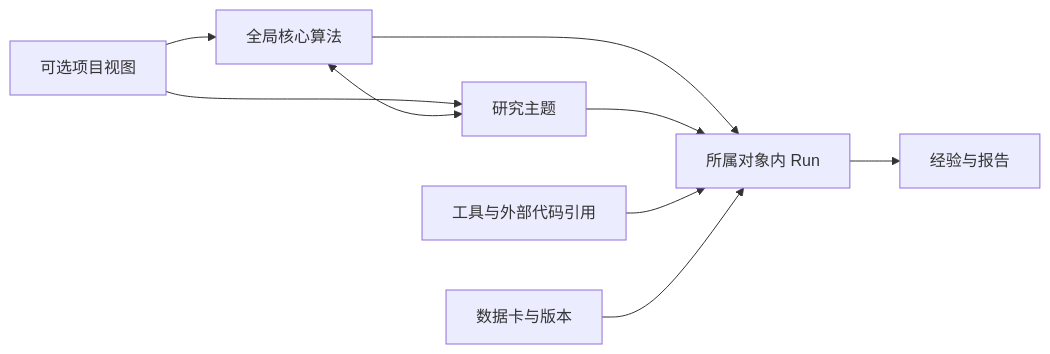
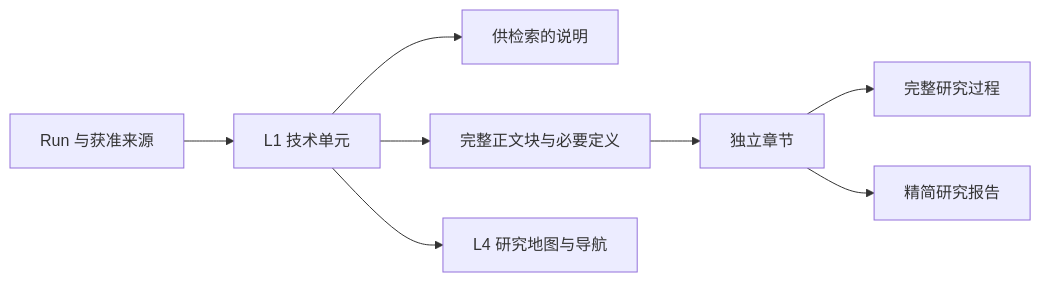
One commit to livky/A_work_auto_flow changed the diagram in ARCHITECTURE.md. Above: the diagram before and after it, drawn with Mermaid. The commit also changed other lines of this file and 2229 other files, not shown here.

````diff
--- a/ARCHITECTURE.md
+++ b/ARCHITECTURE.md
@@ -9,11 +42,10 @@
 ```mermaid
 flowchart LR
-    P[可选项目视图] --> M[全局核心算法]
-    P --> S[研究主题]
-    M <--> S
-    M --> R[所属对象内 Run]
-    S --> R
-    T[工具与外部代码引用] --> R
-    D[数据卡与版本] --> R
-    R --> K[经验与报告]
+    R[Run 与获准来源] --> U[L1 技术单元]
+    U --> D[供检索的说明]
+    U --> B[完整正文块与必要定义]
+    B --> S[独立章节]
+    S --> P[完整研究过程]
+    S --> Q[精简研究报告]
+    U --> M[L4 研究地图与导航]
 ```
````
